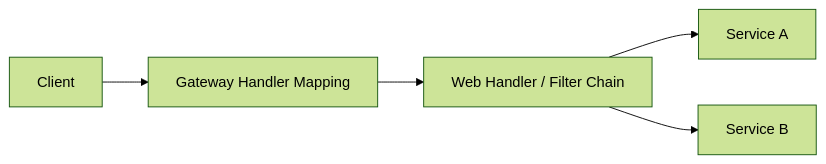
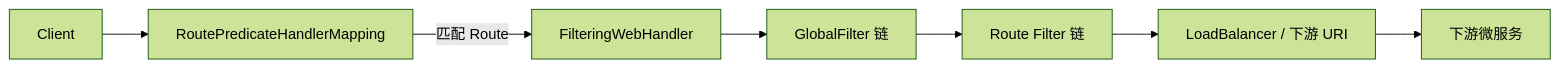
The first of 2 diagrams in docs/java/spring/21-gateway-advanced.md (Aiden-Coding/AiDocs), drawn with Mermaid (forest theme) before and after one commit. The commit also changed other lines of this file and 21 other files, not shown here.

````diff
--- a/docs/java/spring/21-gateway-advanced.md
+++ b/docs/java/spring/21-gateway-advanced.md
@@ -30,7 +30,9 @@
 ```mermaid
-graph LR
-    C[Client] --> G[Gateway Handler Mapping]
-    G --> P[Web Handler / Filter Chain]
-    P --> S1[Service A]
-    P --> S2[Service B]
+flowchart LR
+    C[Client] --> HM[RoutePredicateHandlerMapping]
+    HM -->|匹配 Route| WH[FilteringWebHandler]
+    WH --> GF[GlobalFilter 链]
+    GF --> RF[Route Filter 链]
+    RF --> LB[LoadBalancer / 下游 URI]
+    LB --> S[下游微服务]
 ```
````
